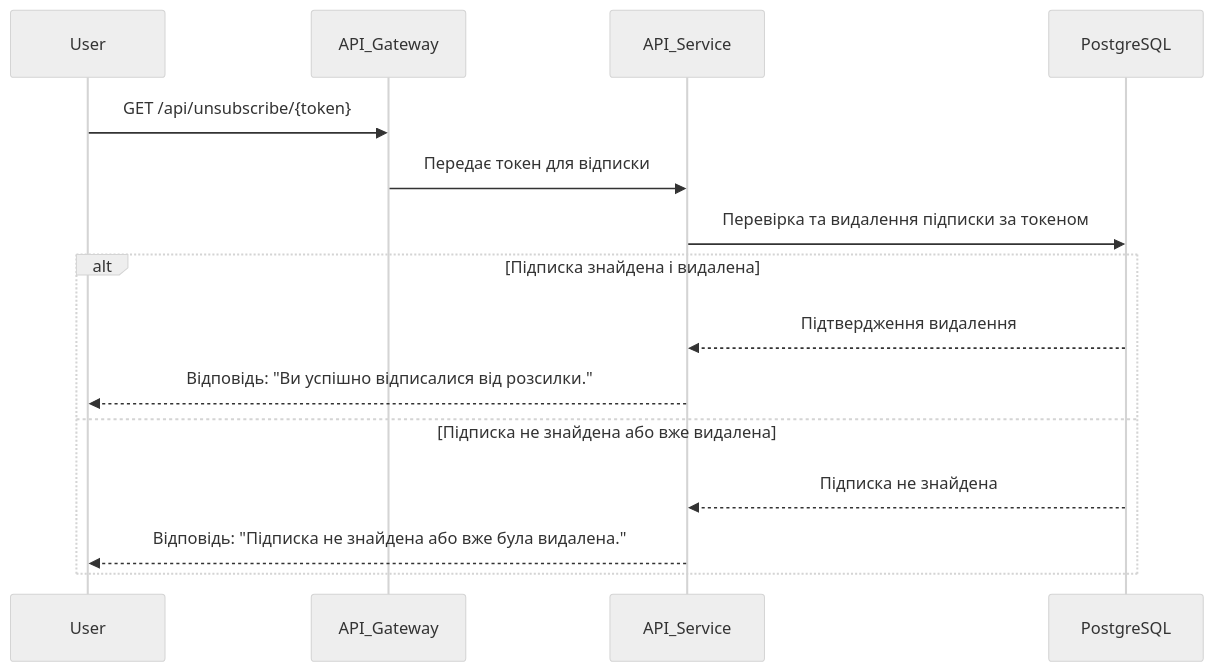
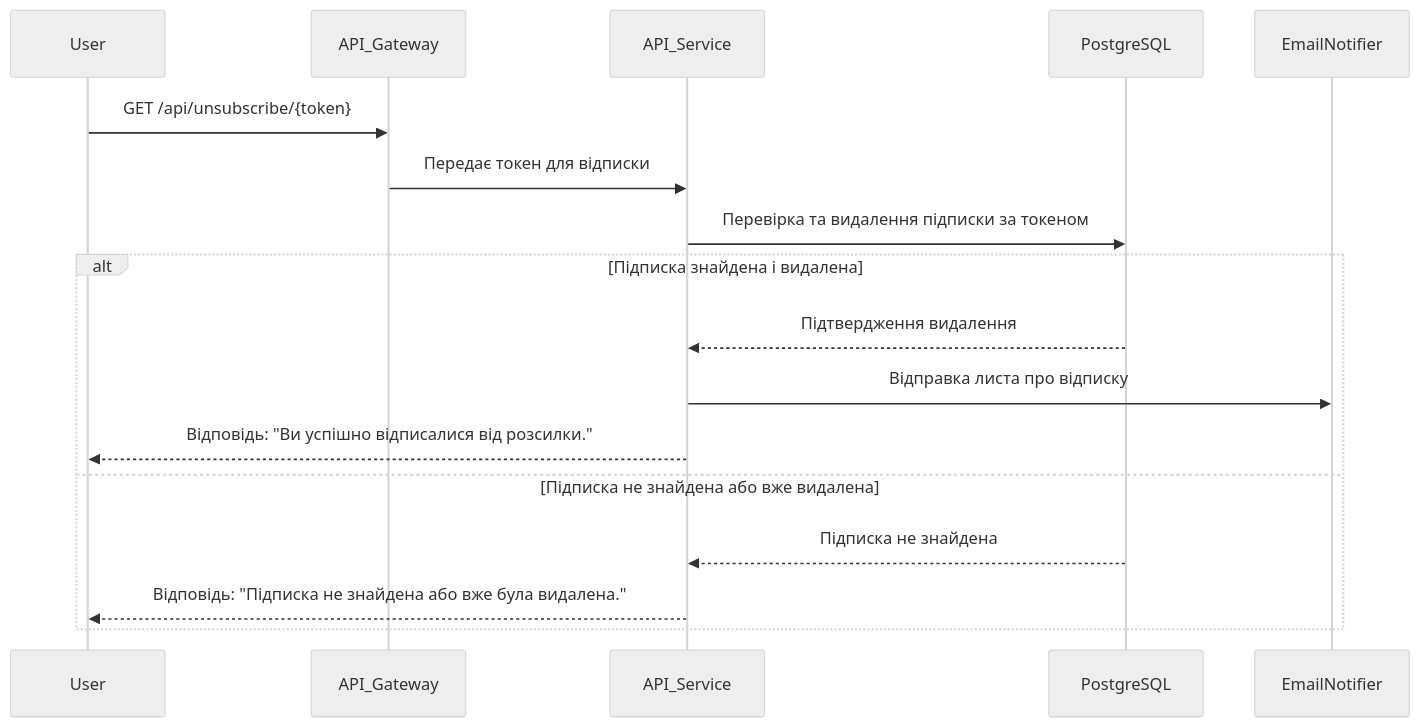
Before and after one commit to GenesisEducationKyiv/software-engineering-school-5-0-vladyslavJ: the fifth of 5 diagrams in docs/system-design.md, drawn with Mermaid (neutral theme). The commit also changed other lines of this file and 1 other file, not shown here.

Commit message:
fix the diagram

````diff
--- a/docs/system-design.md
+++ b/docs/system-design.md
@@ -242,18 +241,20 @@
 ```mermaid
 sequenceDiagram
-    participant User
-    participant API_Gateway
-    participant API_Service
-    participant PostgreSQL
+  participant User
+  participant API_Gateway
+  participant API_Service
+  participant PostgreSQL
+  participant EmailNotifier
 
-    User->>API_Gateway: GET /api/unsubscribe/{token}
-    API_Gateway->>API_Service: Передає токен для відписки
-    API_Service->>PostgreSQL: Перевірка та видалення підписки за токеном
-    alt Підписка знайдена і видалена
-        PostgreSQL-->>API_Service: Підтвердження видалення
-        API_Service-->>User: Відповідь: "Ви успішно відписалися від розсилки."
-    else Підписка не знайдена або вже видалена
-        PostgreSQL-->>API_Service: Підписка не знайдена
-        API_Service-->>User: Відповідь: "Підписка не знайдена або вже була видалена."
-    end
+  User->>API_Gateway: GET /api/unsubscribe/{token}
+  API_Gateway->>API_Service: Передає токен для відписки
+  API_Service->>PostgreSQL: Перевірка та видалення підписки за токеном
+  alt Підписка знайдена і видалена
+    PostgreSQL-->>API_Service: Підтвердження видалення
+    API_Service->>EmailNotifier: Відправка листа про відписку
+    API_Service-->>User: Відповідь: "Ви успішно відписалися від розсилки."
+  else Підписка не знайдена або вже видалена
+    PostgreSQL-->>API_Service: Підписка не знайдена
+    API_Service-->>User: Відповідь: "Підписка не знайдена або вже була видалена."
+  end
 ```
````
